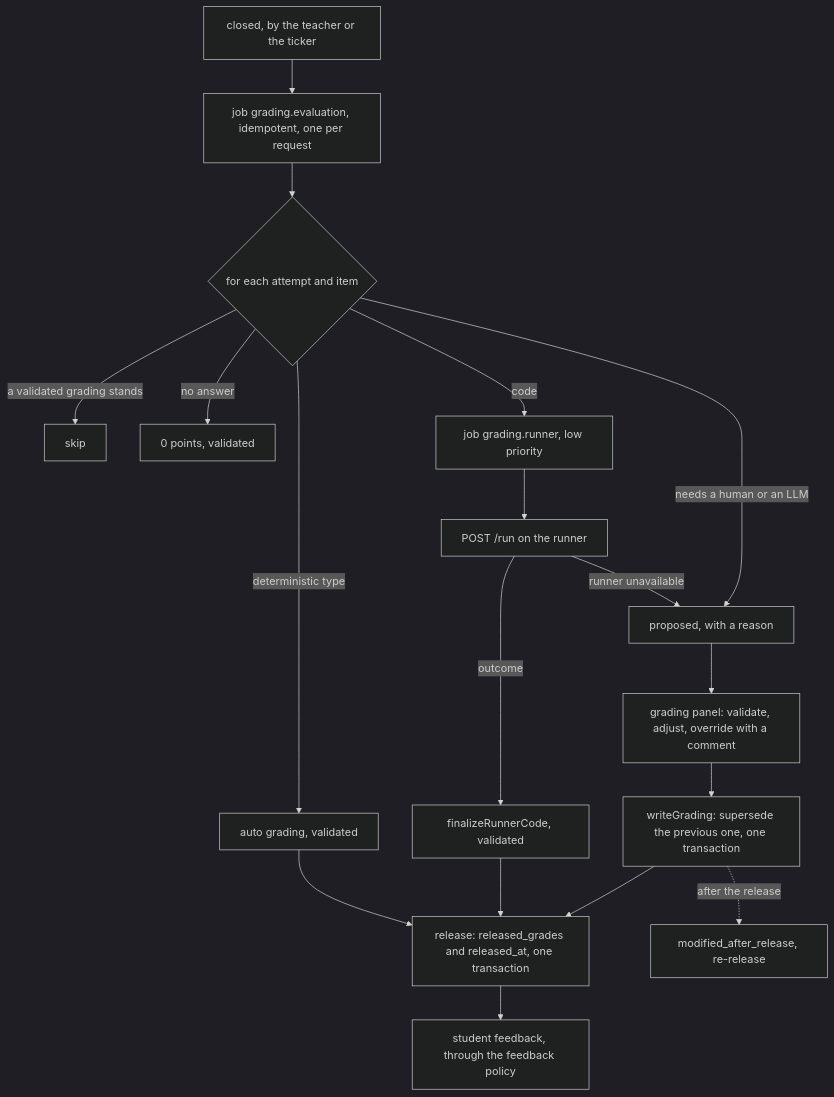
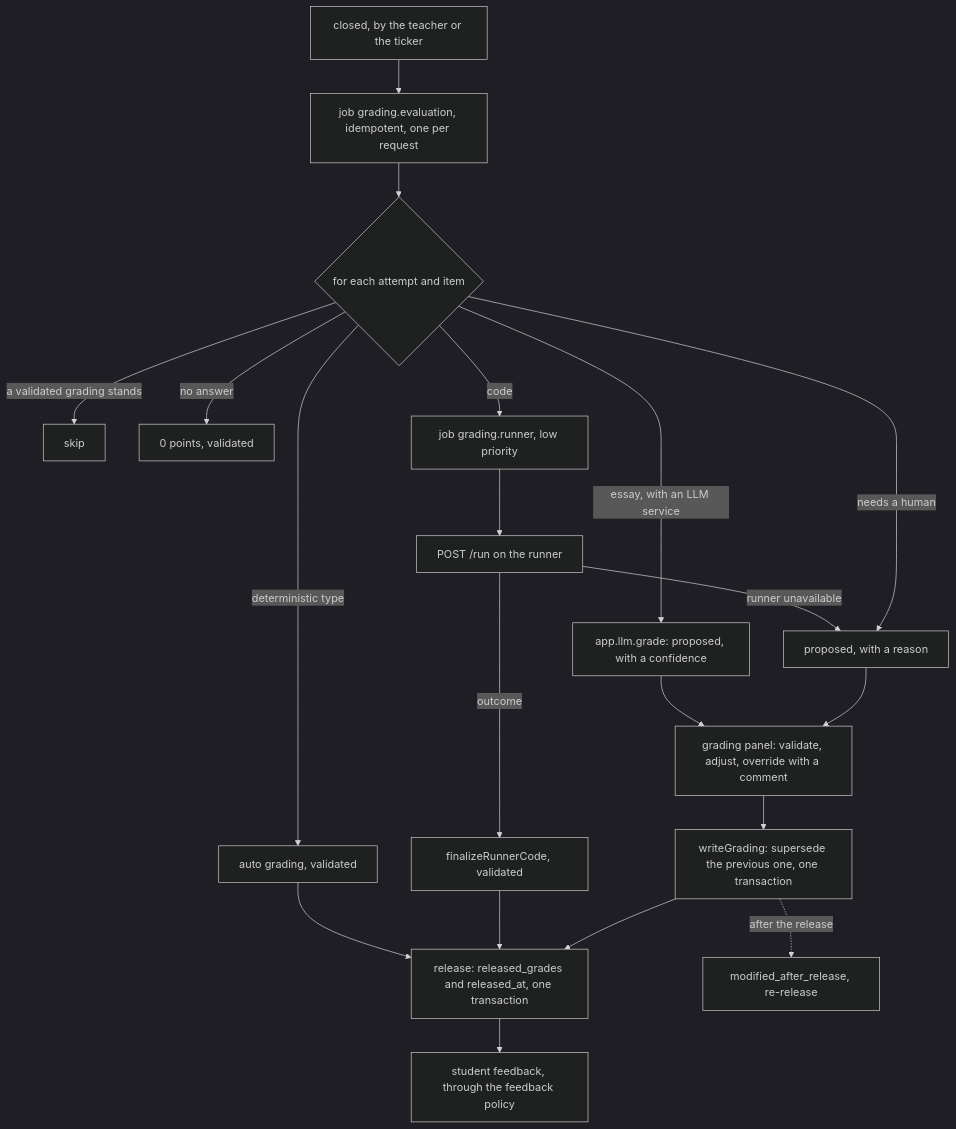
One commit to heig-tin-info/heig-quiz changed the sixth of 8 diagrams in docs/development/architecture.md. Above: the diagram before and after it, drawn with Mermaid (dark theme). The commit also changed 85 other files, not shown here.

First line of the commit message:
feat(seed): Test 0 covers every question type, essays proposed by a stub LLM (ADR-045) (#349)

````diff
--- a/docs/development/architecture.md
+++ b/docs/development/architecture.md
@@ -272,20 +272,22 @@
 ```mermaid
 flowchart TB
   CLOSE["closed, by the teacher or the ticker"] --> JOB["job grading.evaluation, idempotent, one per request"]
   JOB --> CELL{"for each attempt and item"}
   CELL -- "a validated grading stands" --> SKIP["skip"]
   CELL -- "no answer" --> ZERO["0 points, validated"]
   CELL -- "deterministic type" --> AUTO["auto grading, validated"]
   CELL -- "code" --> RJOB["job grading.runner, low priority"]
   RJOB --> RUN["POST /run on the runner"]
   RUN -- "outcome" --> FIN["finalizeRunnerCode, validated"]
   RUN -- "runner unavailable" --> PROP["proposed, with a reason"]
-  CELL -- "needs a human or an LLM" --> PROP
+  CELL -- "essay, with an LLM service" --> LLM["app.llm.grade: proposed, with a confidence"]
+  LLM --> PANEL
+  CELL -- "needs a human" --> PROP
   PROP --> PANEL["grading panel: validate, adjust, override with a comment"]
   PANEL --> WRITE["writeGrading: supersede the previous one, one transaction"]
   AUTO --> REL
   FIN --> REL
   WRITE --> REL["release: released_grades and released_at, one transaction"]
   REL --> FB["student feedback, through the feedback policy"]
   WRITE -. "after the release" .-> FLAG["modified_after_release, re-release"]
 ```
````
